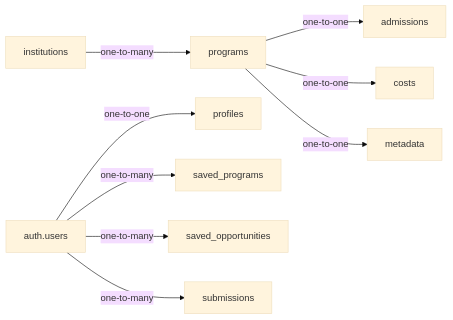
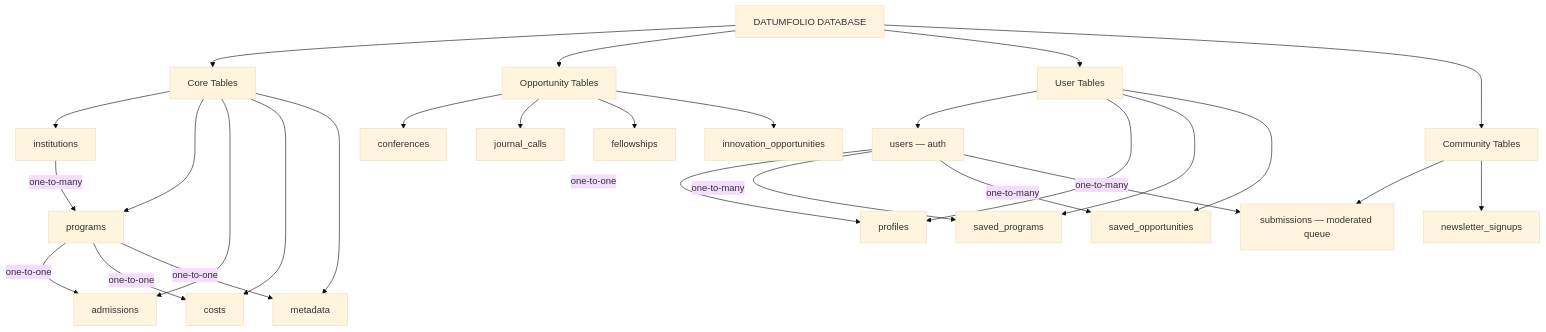
The seventh of 7 diagrams in PRD.md (zeshan67/DatumFolio), drawn with Mermaid (base theme) before and after one commit. The commit also changed other lines of this file, not shown here.

Commit message:
Revise database architecture and relationships
Updated data architecture diagrams and relationships in PRD.

````diff
--- a/PRD.md
+++ b/PRD.md
@@ -503,11 +439,39 @@
 ```mermaid
-flowchart LR
-    INST[institutions] -->|one-to-many| PROG[programs]
-    PROG -->|one-to-one| ADM[admissions]
-    PROG -->|one-to-one| COST[costs]
-    PROG -->|one-to-one| META[metadata]
-    AUTH[auth.users] -->|one-to-one| PROF[profiles]
-    AUTH -->|one-to-many| SP[saved_programs]
-    AUTH -->|one-to-many| SO[saved_opportunities]
-    AUTH -->|one-to-many| SUB[submissions]
+flowchart TD
+    DB[DATUMFOLIO DATABASE]
+
+    DB --> CORE[Core Tables]
+    DB --> OPP[Opportunity Tables]
+    DB --> USER[User Tables]
+    DB --> COMM[Community Tables]
+
+    CORE --> INST[institutions]
+    CORE --> PROG[programs]
+    CORE --> ADM[admissions]
+    CORE --> COST[costs]
+    CORE --> META[metadata]
+
+    INST -->|one-to-many| PROG
+    PROG -->|one-to-one| ADM
+    PROG -->|one-to-one| COST
+    PROG -->|one-to-one| META
+
+    OPP --> CONF[conferences]
+    OPP --> JOUR[journal_calls]
+    OPP --> FELL[fellowships]
+    OPP --> INNO[innovation_opportunities]
+
+    USER --> AUTH[users — auth]
+    USER --> PROF[profiles]
+    USER --> SP[saved_programs]
+    USER --> SO[saved_opportunities]
+
+    AUTH -->|one-to-one| PROF
+    AUTH -->|one-to-many| SP
+    AUTH -->|one-to-many| SO
+
+    COMM --> SUB[submissions — moderated queue]
+    COMM --> NL[newsletter_signups]
+
+    AUTH -->|one-to-many| SUB
 ```
````
